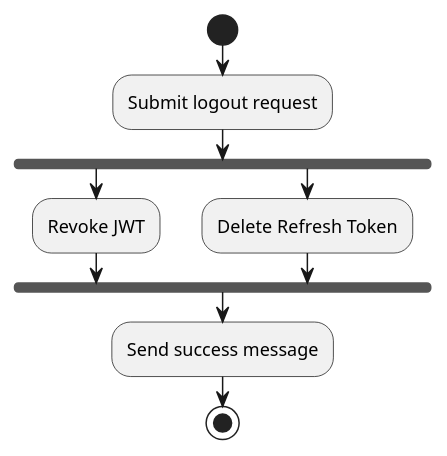
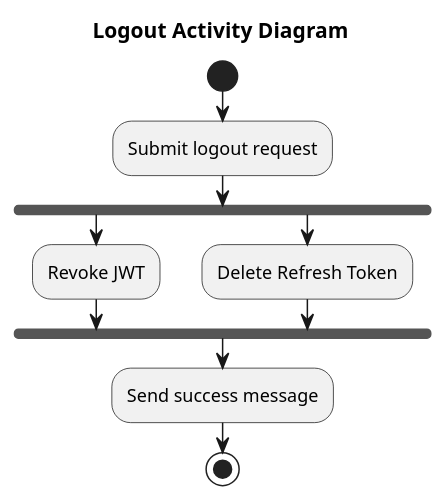
One commit to micahbaumann/CS-5800-Project-Micah-UML changed the diagram in 6_LogoutActivity.puml. Above: the diagram before and after it, drawn with PlantUML. The commit also changed 17 other files, not shown here.

```diff
--- a/6_LogoutActivity.puml
+++ b/6_LogoutActivity.puml
@@ -1,16 +1,17 @@
 @startuml
 'https://plantuml.com/activity-diagram-beta
+title Logout Activity Diagram
 
 start
 
 :Submit logout request;
 fork
 :Revoke JWT;
 fork again
 :Delete Refresh Token;
 end fork
 :Send success message;
 
 stop
 
 @enduml
```
